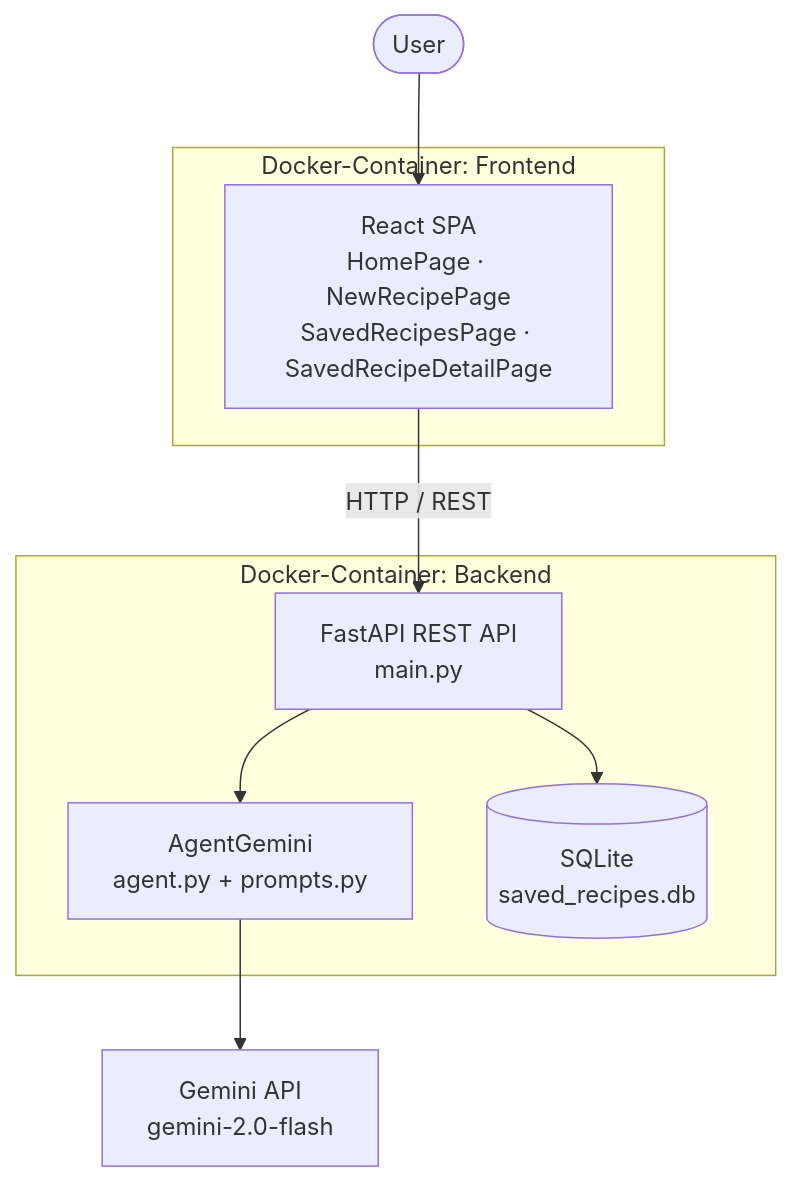
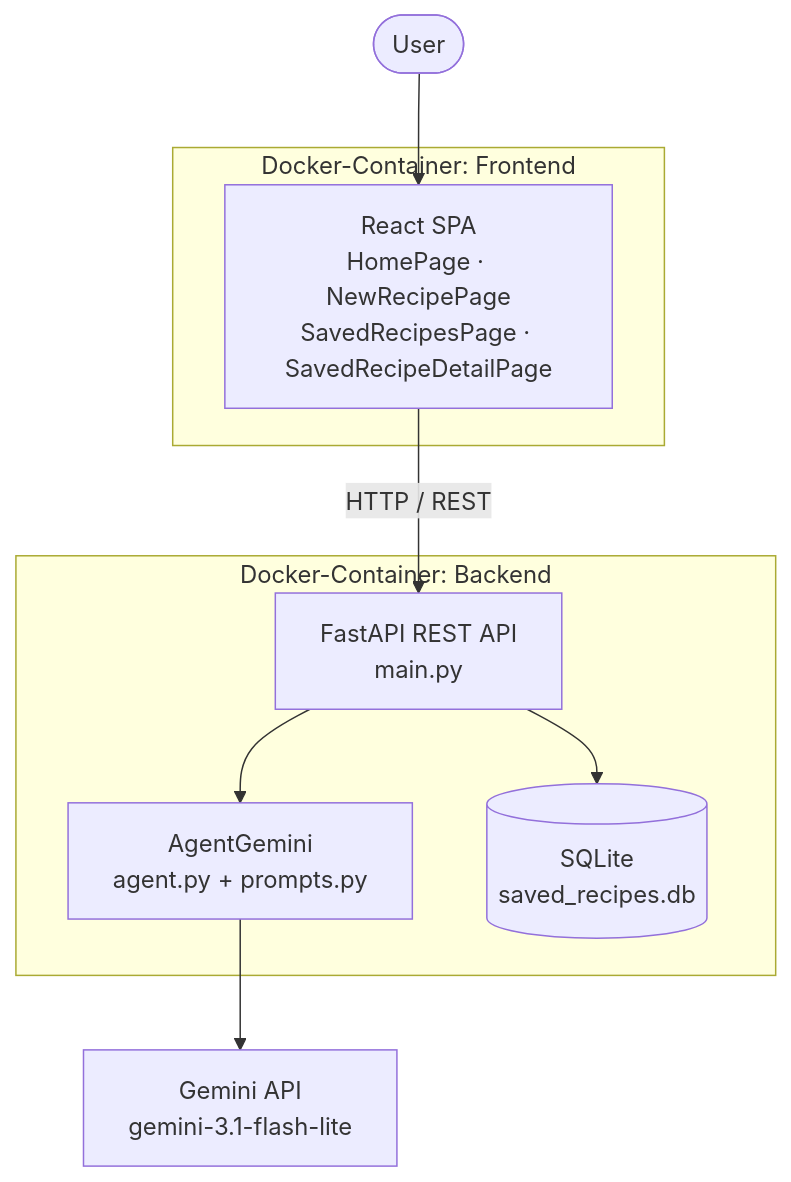
Before and after one commit to lebuxx/recipe_web_app: the diagram in README.md, drawn with Mermaid. The commit also changed other lines of this file and 2 other files, not shown here.

````diff
--- a/README.md
+++ b/README.md
@@ -106,22 +114,22 @@
 ```mermaid
 flowchart TD
     U([User])
 
     subgraph FE["Docker-Container: Frontend"]
         R["React SPA<br/>HomePage · NewRecipePage<br/>SavedRecipesPage · SavedRecipeDetailPage"]
     end
 
     subgraph BE["Docker-Container: Backend"]
         A["FastAPI REST API<br/>main.py"]
         AG["AgentGemini<br/>agent.py + prompts.py"]
         DB[("SQLite<br/>saved_recipes.db")]
     end
 
-    G["Gemini API<br/>gemini-2.0-flash"]
+    G["Gemini API<br/>gemini-3.1-flash-lite"]
 
     U --> R
     R -- "HTTP / REST" --> A
     A --> AG
     A --> DB
     AG --> G
 ```
````
